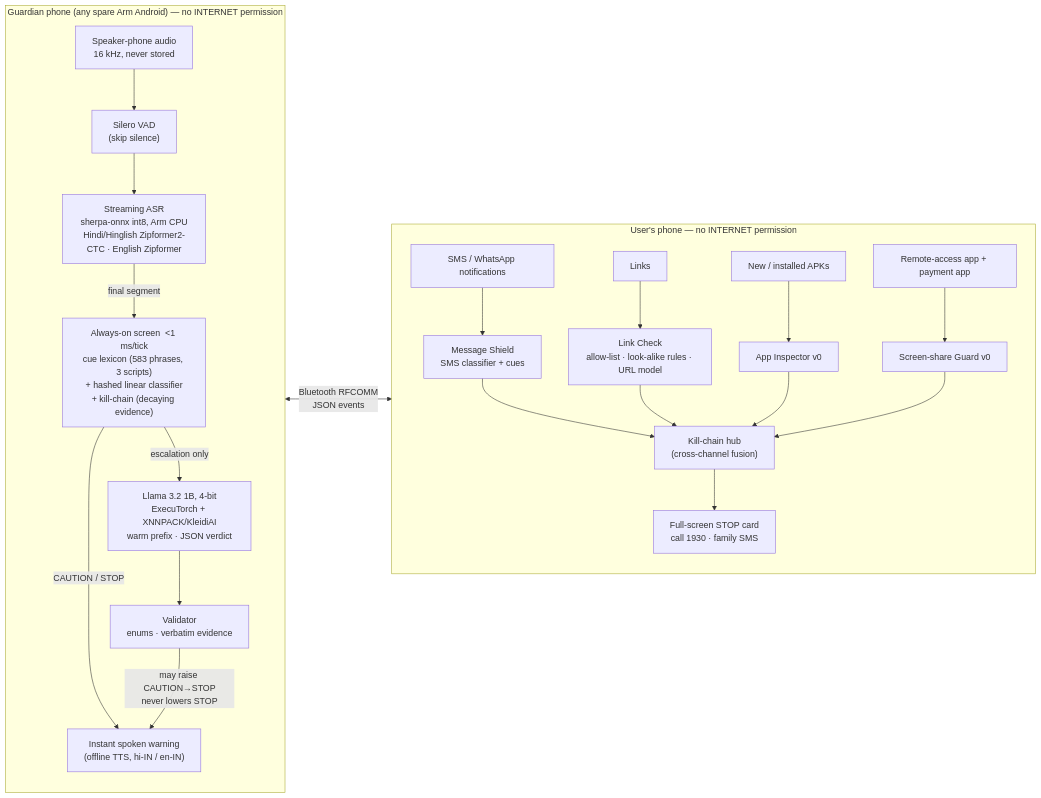
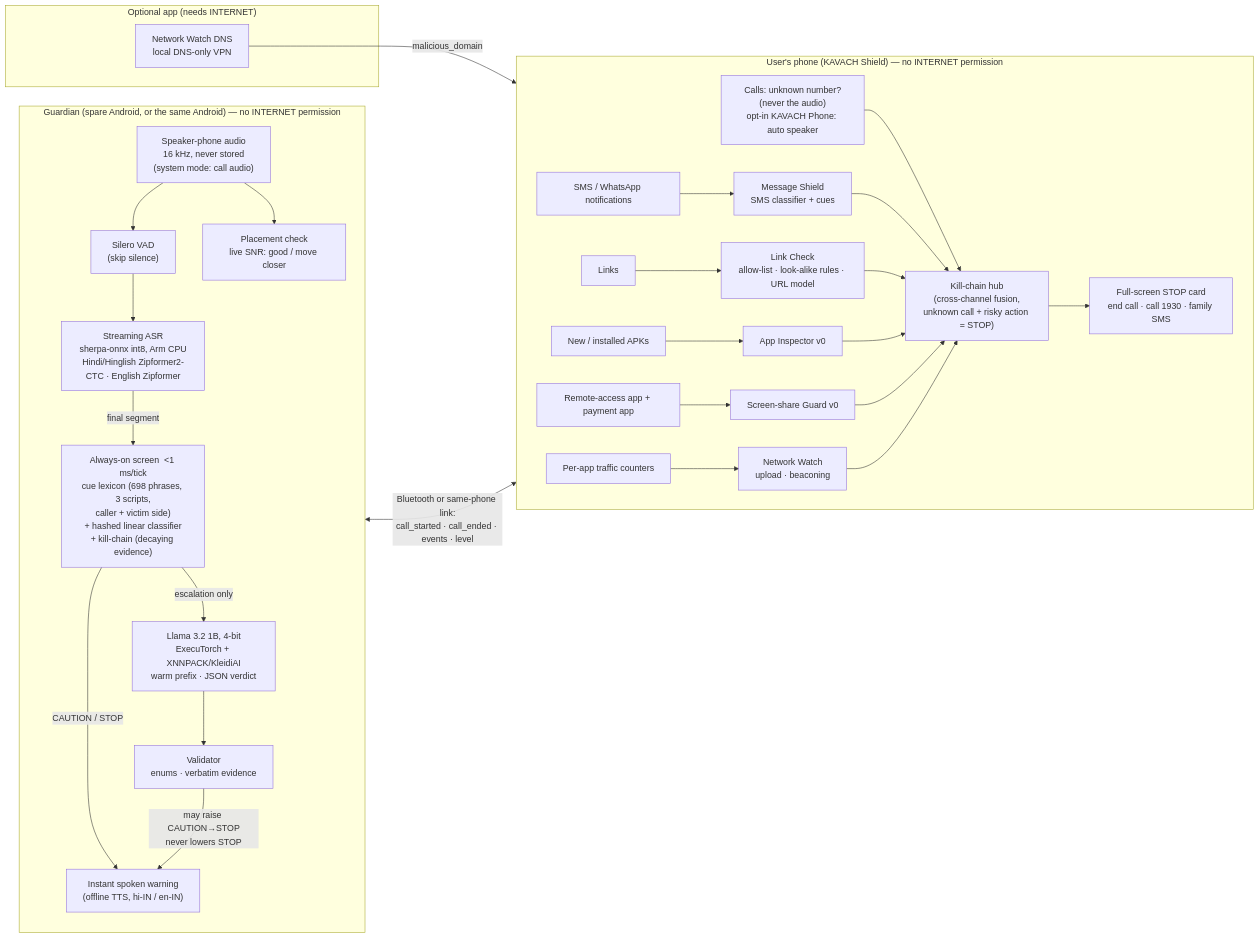
One commit to siddhaantxsingh/KAVACH changed the diagram in docs/figures/architecture.mmd. Above: the diagram before and after it, drawn with Mermaid. The commit also changed 14 other files, not shown here.

First line of the commit message:
Bigger default English ASR (noisy-room winner), calibrated placement check, setup guide, report + runbook update

```diff
--- a/docs/figures/architecture.mmd
+++ b/docs/figures/architecture.mmd
@@ -1,19 +1,28 @@
 flowchart LR
-  subgraph G["Guardian phone (any spare Arm Android) — no INTERNET permission"]
-    MIC["Speaker-phone audio<br/>16 kHz, never stored"] --> VAD["Silero VAD<br/>(skip silence)"]
+  subgraph G["Guardian (spare Android, or the same Android) — no INTERNET permission"]
+    direction TB
+    MIC["Speaker-phone audio<br/>16 kHz, never stored<br/>(system mode: call audio)"] --> VAD["Silero VAD<br/>(skip silence)"]
+    MIC --> PLC["Placement check<br/>live SNR: good / move closer"]
     VAD --> ASR["Streaming ASR<br/>sherpa-onnx int8, Arm CPU<br/>Hindi/Hinglish Zipformer2-CTC · English Zipformer"]
-    ASR -->|"final segment"| FAST["Always-on screen  &lt;1 ms/tick<br/>cue lexicon (583 phrases, 3 scripts)<br/>+ hashed linear classifier<br/>+ kill-chain (decaying evidence)"]
+    ASR -->|"final segment"| FAST["Always-on screen  &lt;1 ms/tick<br/>cue lexicon (698 phrases, 3 scripts,<br/>caller + victim side)<br/>+ hashed linear classifier<br/>+ kill-chain (decaying evidence)"]
     FAST -->|"CAUTION / STOP"| SPEAK1["Instant spoken warning<br/>(offline TTS, hi-IN / en-IN)"]
     FAST -->|"escalation only"| LLM["Llama 3.2 1B, 4-bit<br/>ExecuTorch + XNNPACK/KleidiAI<br/>warm prefix · JSON verdict"]
     LLM --> VAL["Validator<br/>enums · verbatim evidence"]
     VAL -->|"may raise CAUTION→STOP<br/>never lowers STOP"| SPEAK1
   end
-  subgraph M["User's phone — no INTERNET permission"]
+  subgraph M["User's phone (KAVACH Shield) — no INTERNET permission"]
+    direction LR
+    C["Calls: unknown number?<br/>(never the audio)<br/>opt-in KAVACH Phone: auto speaker"] --> KC
     N["SMS / WhatsApp notifications"] --> MS["Message Shield<br/>SMS classifier + cues"]
     L["Links"] --> LC["Link Check<br/>allow-list · look-alike rules · URL model"]
     A["New / installed APKs"] --> AI["App Inspector v0"]
     S["Remote-access app + payment app"] --> SG["Screen-share Guard v0"]
-    MS & LC & AI & SG --> KC["Kill-chain hub<br/>(cross-channel fusion)"]
-    KC --> STOP["Full-screen STOP card<br/>call 1930 · family SMS"]
+    T["Per-app traffic counters"] --> NW["Network Watch<br/>upload · beaconing"]
+    MS & LC & AI & SG & NW --> KC["Kill-chain hub<br/>(cross-channel fusion,<br/>unknown call + risky action = STOP)"]
+    KC --> STOP["Full-screen STOP card<br/>end call · call 1930 · family SMS"]
   end
-  G <-->|"Bluetooth RFCOMM<br/>JSON events"| M
+  subgraph O["Optional app (needs INTERNET)"]
+    V["Network Watch DNS<br/>local DNS-only VPN"]
+  end
+  V -->|"malicious_domain"| KC
+  SPEAK1 <-->|"Bluetooth or same-phone link:<br/>call_started · call_ended · events · level"| KC
```
